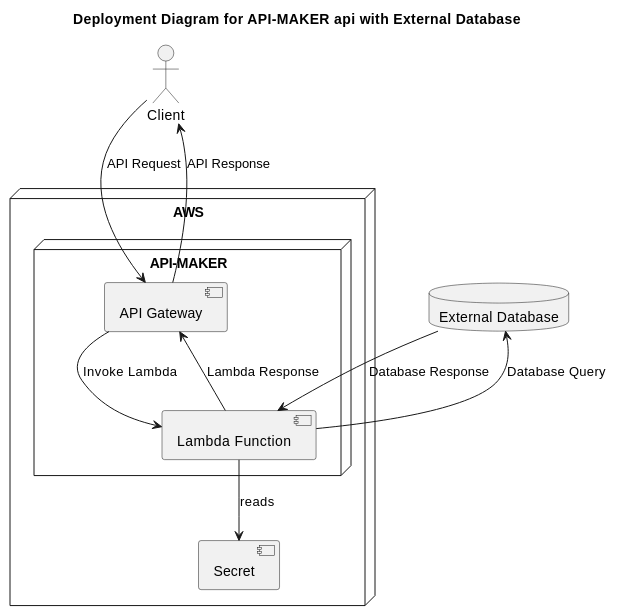
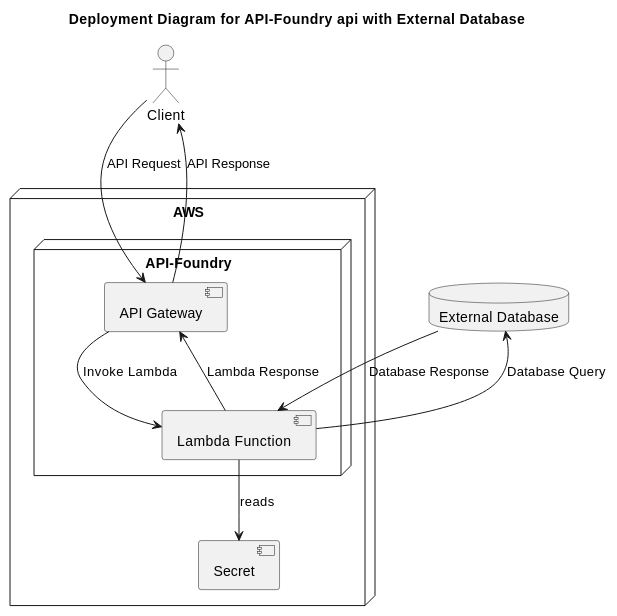
One commit to DanRepik/api_foundry changed the first of 2 diagrams in readme.md. Above: the diagram before and after it, drawn with PlantUML. The commit also changed other lines of this file and 119 other files, not shown here.

````diff
--- a/readme.md
+++ b/readme.md
@@ -140,26 +151,26 @@
 ```plantuml
 @startuml
-title Deployment Diagram for API-MAKER api with External Database
+title Deployment Diagram for API-Foundry api with External Database
 
 actor Client as client
 
 node "AWS" {
-    node "API-MAKER" {
+    node "API-Foundry" {
       [API Gateway] as apigw
       [Lambda Function] as lambda
     }
     [Secret] as secret
 }
 
 database "External Database" as db
 
 client --> apigw : API Request
 apigw --> lambda : Invoke Lambda
 lambda --> db : Database Query
 lambda --> secret : reads
 db --> lambda : Database Response
 lambda --> apigw : Lambda Response
 apigw --> client : API Response
 
 @enduml
 ```
````
